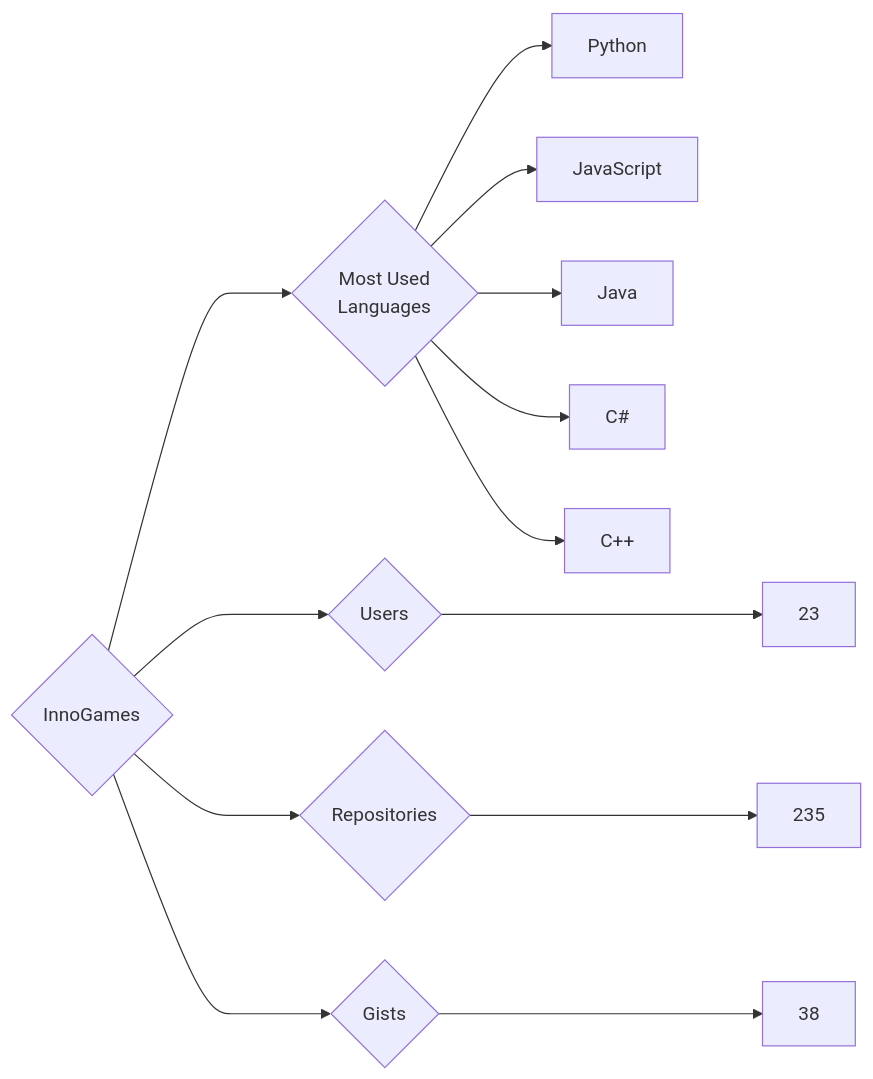
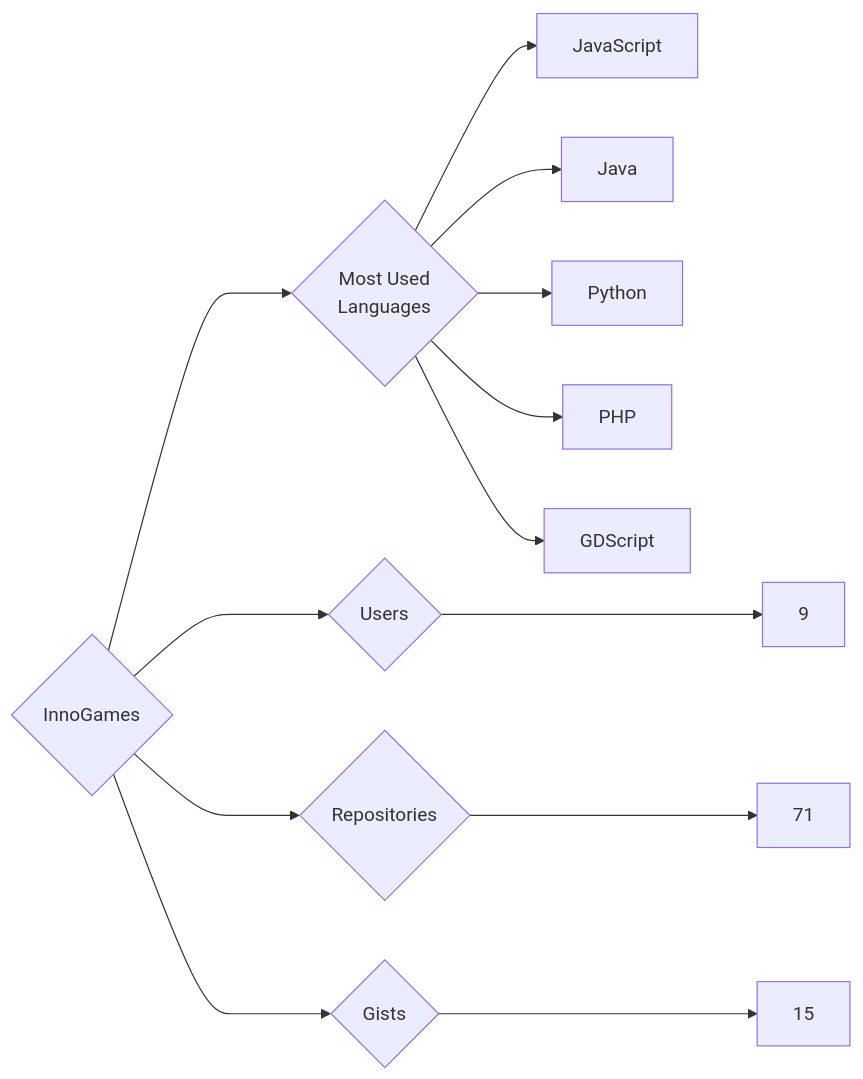
One commit to trickest/insiders changed the diagram in targets/InnoGames/README.md. Above: the diagram before and after it, drawn with Mermaid. The commit also changed 777 other files, not shown here.

````diff
--- a/targets/InnoGames/README.md
+++ b/targets/InnoGames/README.md
@@ -3,13 +3,13 @@
 ```mermaid
 graph LR
 COMPANY_NAME{InnoGames}
-COMPANY_NAME ---> U{Users} ---> UN[23]
-COMPANY_NAME ---> R{Repositories} ---> RN[235]
-COMPANY_NAME ---> G{Gists} ---> GN[38]
+COMPANY_NAME ---> U{Users} ---> UN[9]
+COMPANY_NAME ---> R{Repositories} ---> RN[71]
+COMPANY_NAME ---> G{Gists} ---> GN[15]
 COMPANY_NAME ---> ML{Most Used<br>Languages}
-ML --> Python[Python]
 ML --> JavaScript[JavaScript]
 ML --> Java[Java]
-ML --> C#[C#]
-ML --> C++[C++]
+ML --> Python[Python]
+ML --> PHP[PHP]
+ML --> GDScript[GDScript]
 ```
````
